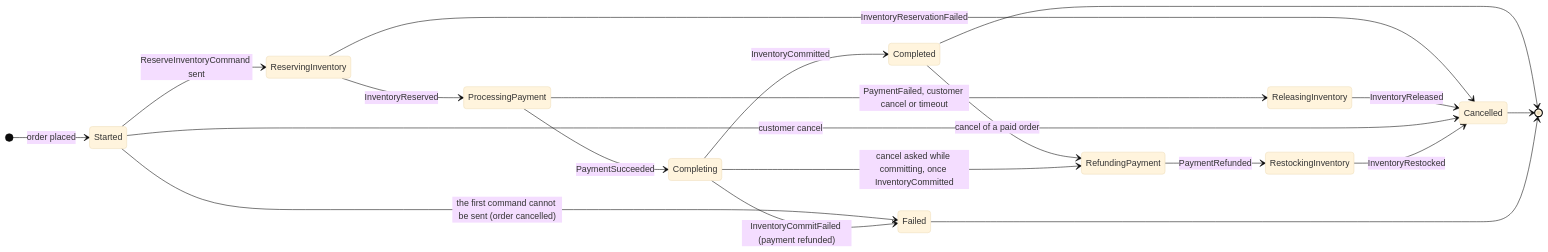
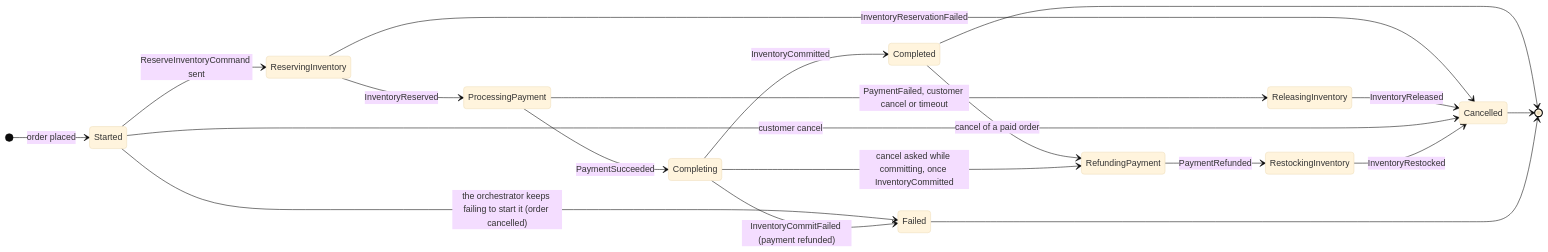
Before and after one commit to AmirGHTo/ShopEasy: the third of 3 diagrams in README.md, drawn with Mermaid (base theme). The commit also changed other lines of this file and 15 other files, not shown here.

````diff
--- a/README.md
+++ b/README.md
@@ -168,25 +168,25 @@
 ```mermaid
 stateDiagram-v2
     direction LR
     [*] --> Started: order placed
     Started --> ReservingInventory: ReserveInventoryCommand sent
     ReservingInventory --> ProcessingPayment: InventoryReserved
     ProcessingPayment --> Completing: PaymentSucceeded
     Completing --> Completed: InventoryCommitted
 
     ReservingInventory --> Cancelled: InventoryReservationFailed
     ProcessingPayment --> ReleasingInventory: PaymentFailed, customer cancel or timeout
     ReleasingInventory --> Cancelled: InventoryReleased
     Started --> Cancelled: customer cancel
-    Started --> Failed: the first command cannot be sent (order cancelled)
+    Started --> Failed: the orchestrator keeps failing to start it (order cancelled)
     Completing --> Failed: InventoryCommitFailed (payment refunded)
 
     Completed --> RefundingPayment: cancel of a paid order
     Completing --> RefundingPayment: cancel asked while committing, once InventoryCommitted
     RefundingPayment --> RestockingInventory: PaymentRefunded
     RestockingInventory --> Cancelled: InventoryRestocked
 
     Completed --> [*]
     Cancelled --> [*]
     Failed --> [*]
 ```
````
